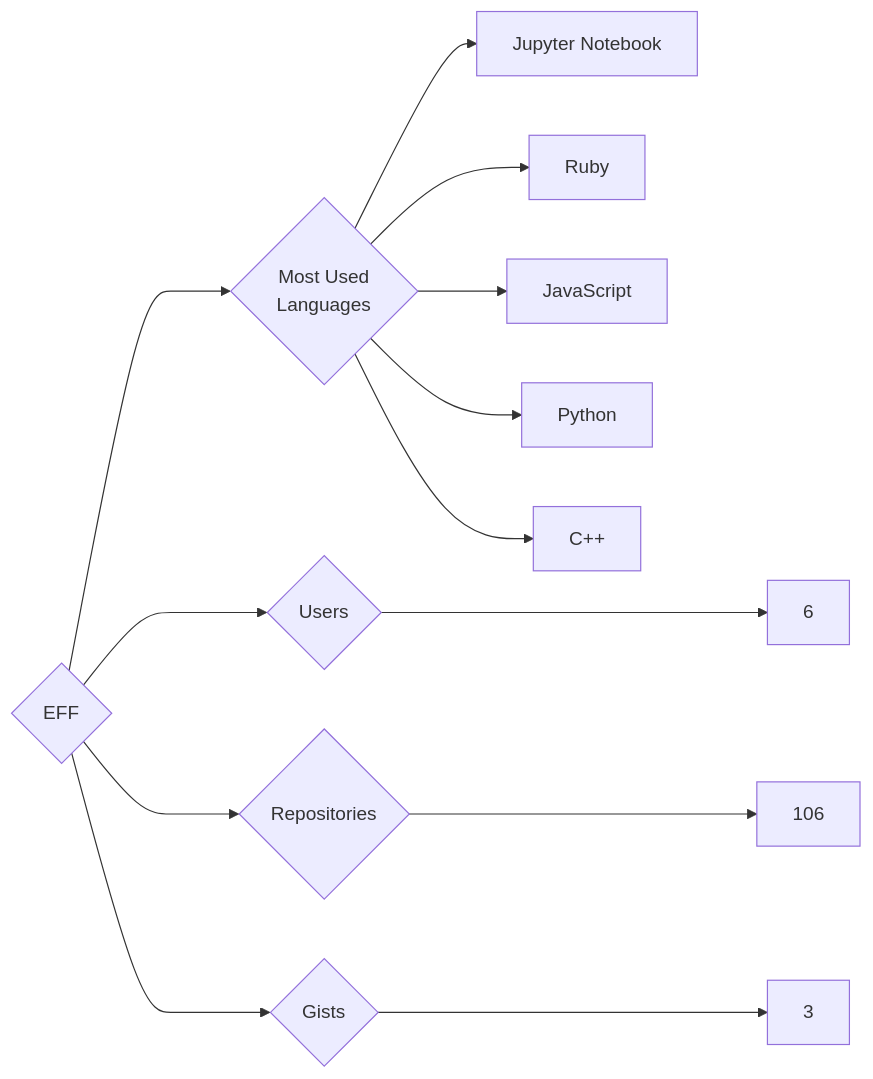
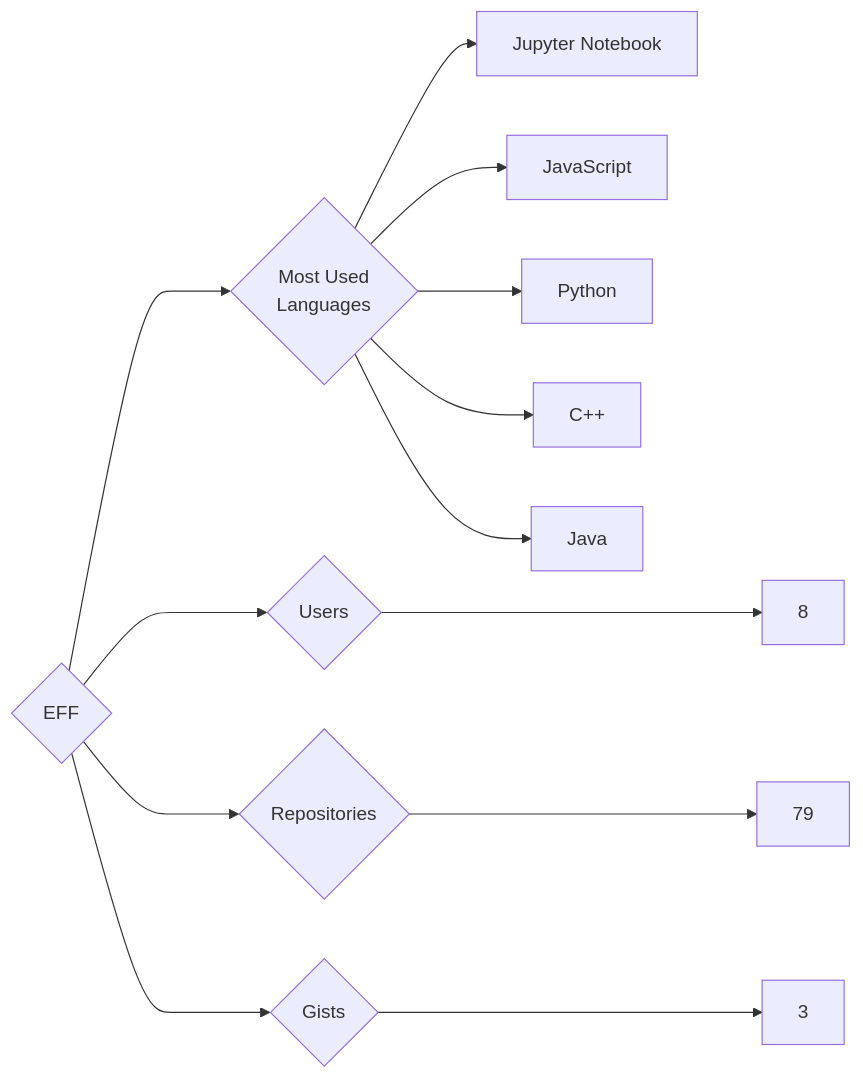
One commit to trickest/insiders changed the diagram in targets/EFF/README.md. Above: the diagram before and after it, drawn with Mermaid. The commit also changed 912 other files, not shown here.

````diff
--- a/targets/EFF/README.md
+++ b/targets/EFF/README.md
@@ -3,13 +3,13 @@
 ```mermaid
 graph LR
 COMPANY_NAME{EFF}
-COMPANY_NAME ---> U{Users} ---> UN[6]
-COMPANY_NAME ---> R{Repositories} ---> RN[106]
+COMPANY_NAME ---> U{Users} ---> UN[8]
+COMPANY_NAME ---> R{Repositories} ---> RN[79]
 COMPANY_NAME ---> G{Gists} ---> GN[3]
 COMPANY_NAME ---> ML{Most Used<br>Languages}
 ML --> Jupyter_Notebook[Jupyter Notebook]
-ML --> Ruby[Ruby]
 ML --> JavaScript[JavaScript]
 ML --> Python[Python]
 ML --> C++[C++]
+ML --> Java[Java]
 ```
````
